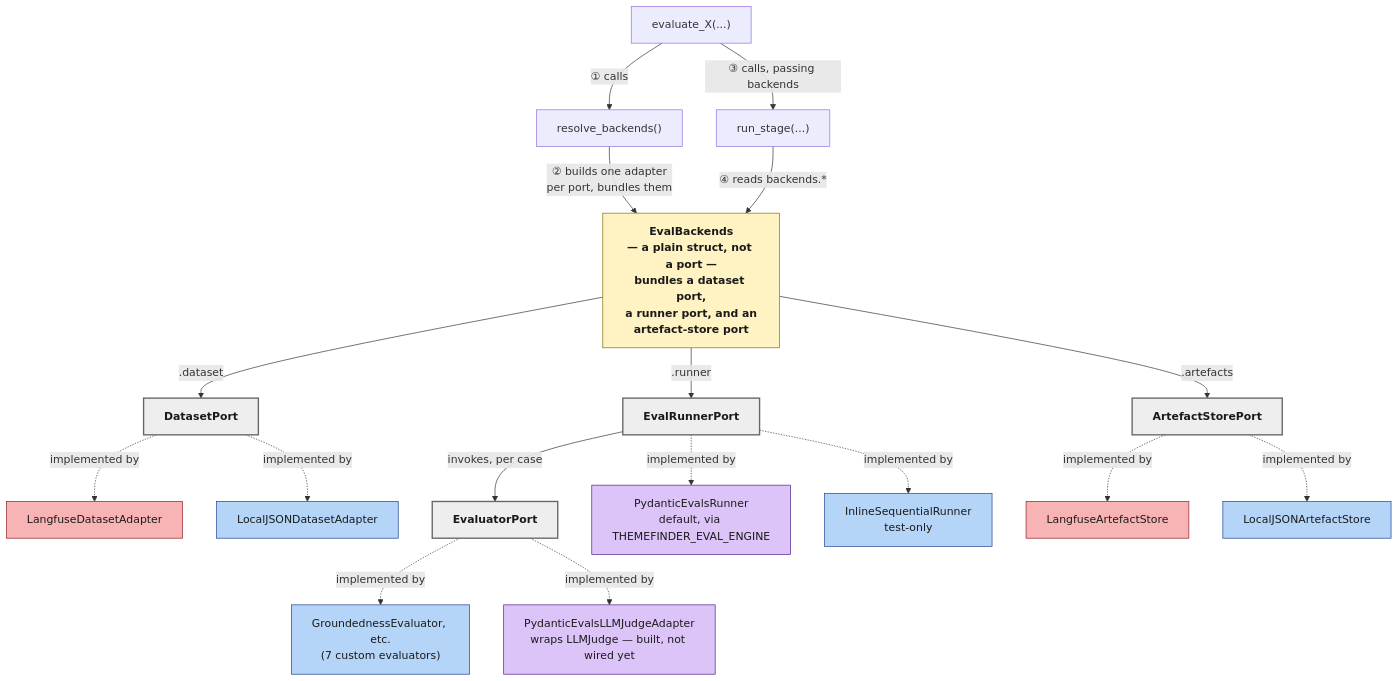
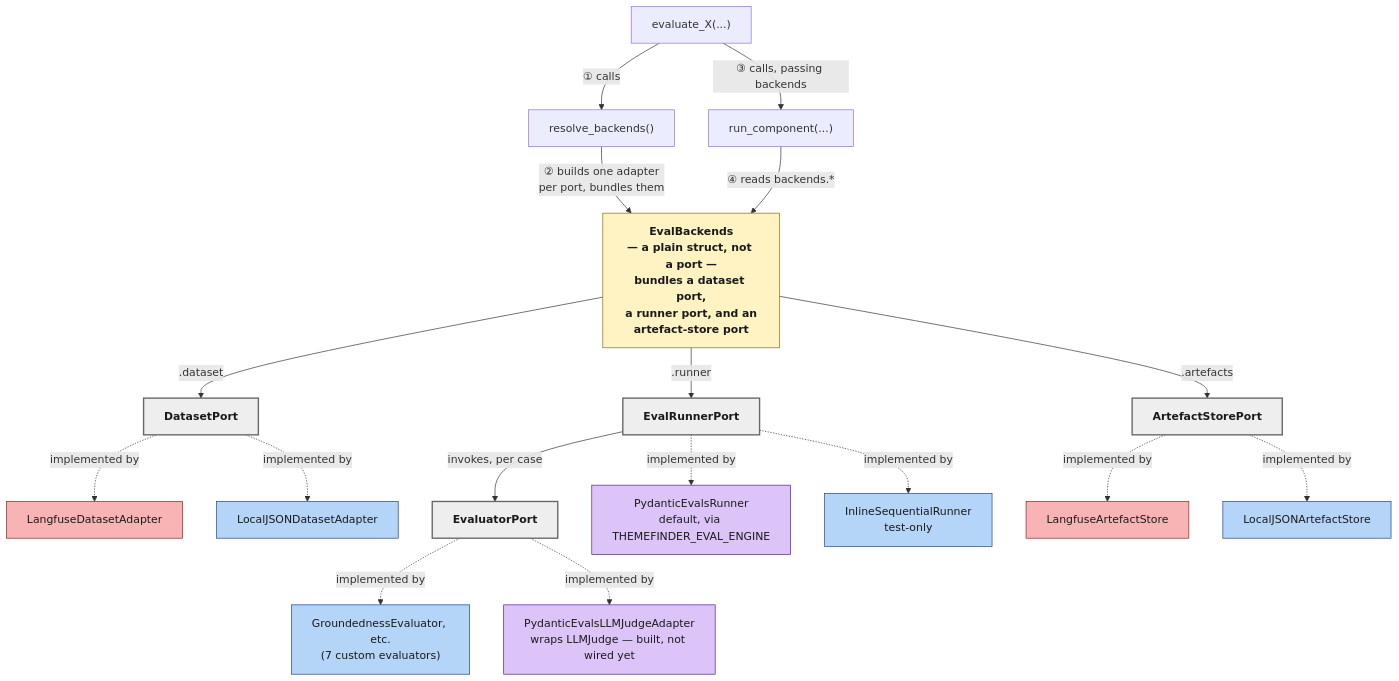
One commit to i-dot-ai/consult changed the diagram in docs/architecture/design/modular-evaluation-framework.md. Above: the diagram before and after it, drawn with Mermaid. The commit also changed other lines of this file and 9 other files, not shown here.

First line of the commit message:
docs: Change design and ADR to reflect the change of name from stage to component and update to Accepted. themefinder/evals: Change all references to stage to component

````diff
--- a/docs/architecture/design/modular-evaluation-framework.md
+++ b/docs/architecture/design/modular-evaluation-framework.md
@@ -95,38 +95,38 @@
 ```mermaid
 flowchart TB
     ES["evaluate_X(...)"] -->|"① calls"| RB["resolve_backends()"]
     RB -->|"② builds one adapter<br/>per port, bundles them"| EB
-    ES -->|"③ calls, passing backends"| RS["run_stage(...)"]
+    ES -->|"③ calls, passing backends"| RS["run_component(...)"]
     RS -->|"④ reads backends.*"| EB
 
     EB["EvalBackends<br/>— a plain struct, not a port —<br/>bundles a dataset port,<br/>a runner port, and an<br/>artefact-store port"]
 
     EB -->|".dataset"| DP["DatasetPort"]
     EB -->|".runner"| RP["EvalRunnerPort"]
     EB -->|".artefacts"| AP["ArtefactStorePort"]
     RP -->|"invokes, per case"| EP["EvaluatorPort"]
 
     DP -.->|"implemented by"| LDA["LangfuseDatasetAdapter"]
     DP -.->|"implemented by"| LJDA["LocalJSONDatasetAdapter"]
 
     EP -.->|"implemented by"| CEA["GroundednessEvaluator, etc.<br/>(7 custom evaluators)"]
     EP -.->|"implemented by"| PEA["PydanticEvalsLLMJudgeAdapter<br/>wraps LLMJudge — built, not wired yet"]
 
     RP -.->|"implemented by"| PER["PydanticEvalsRunner<br/>default, via THEMEFINDER_EVAL_ENGINE"]
     RP -.->|"implemented by"| ISR["InlineSequentialRunner<br/>test-only"]
 
     AP -.->|"implemented by"| LAS["LangfuseArtefactStore"]
     AP -.->|"implemented by"| LJAS["LocalJSONArtefactStore"]
 
     classDef langfuse fill:#f8b4b4,stroke:#902020,color:#1a1a1a
     classDef local fill:#b4d4f8,stroke:#204090,color:#1a1a1a
     classDef pyd fill:#ddc4f8,stroke:#502090,color:#1a1a1a
     classDef port fill:#eee,stroke:#666,color:#1a1a1a,font-weight:bold,stroke-width:2px
     classDef backends fill:#fff3c4,stroke:#8a6d00,color:#1a1a1a,font-weight:bold
     class LDA,LAS langfuse
     class LJDA,LJAS,ISR local
     class PER,PEA pyd
     class CEA local
     class DP,EP,RP,AP port
     class EB backends
 ```
````
